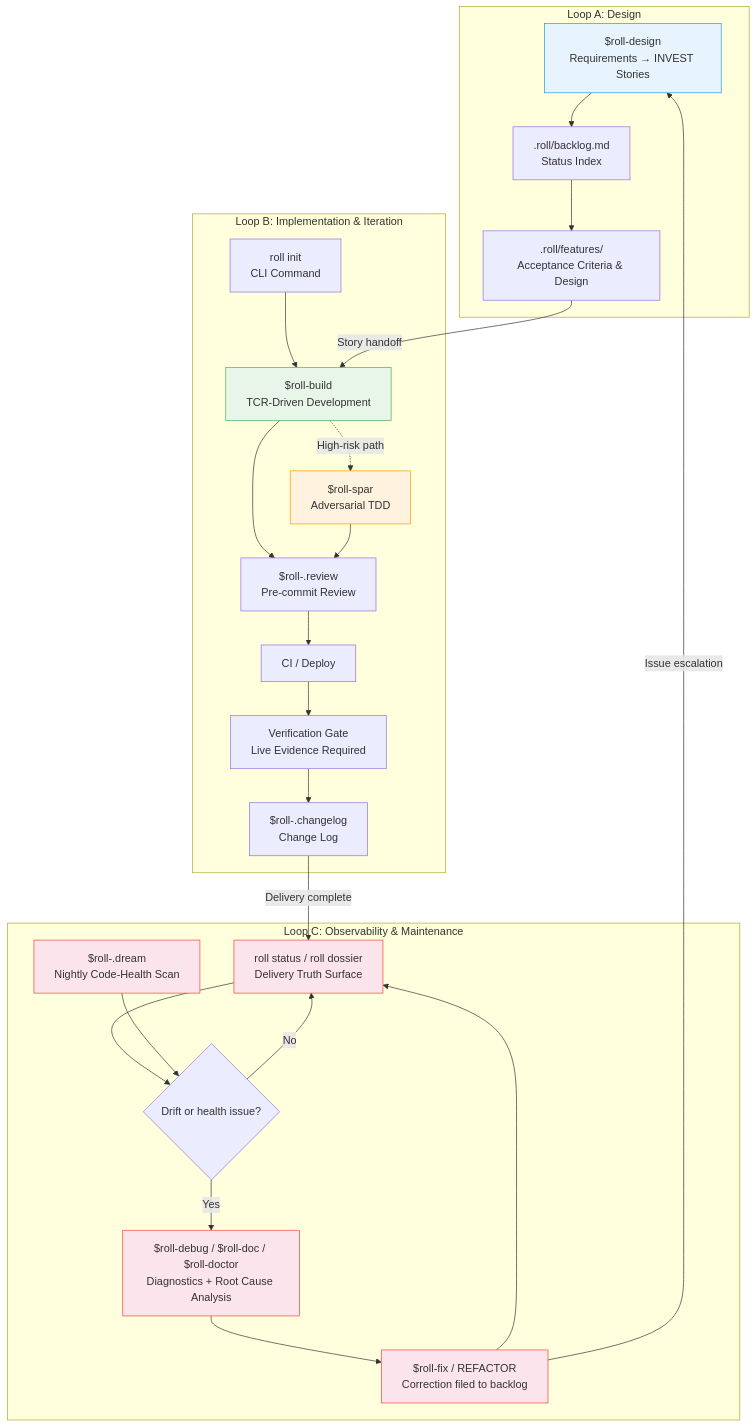
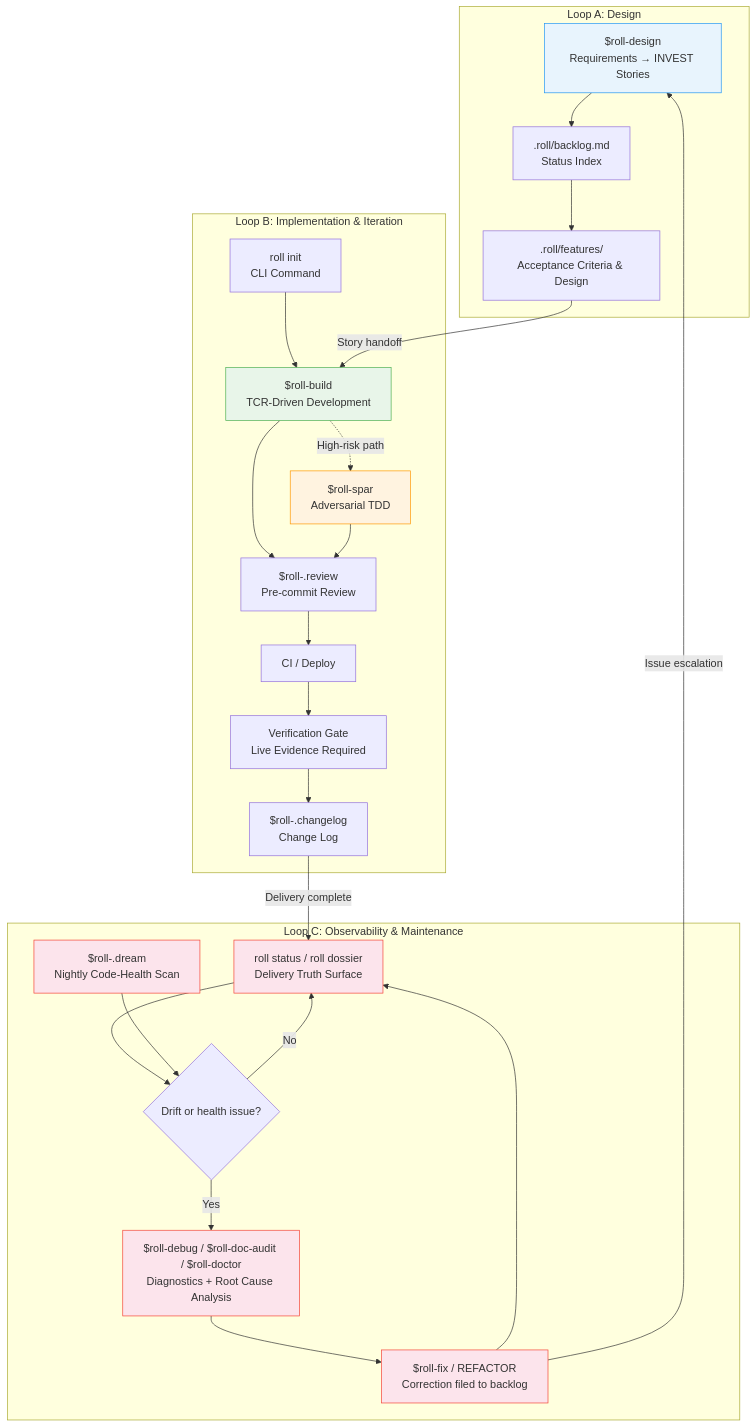
The first of 2 diagrams in guide/en/methodology.md (seanyao/roll), drawn with Mermaid before and after one commit. The commit also changed other lines of this file and 26 other files, not shown here.

Commit message:
Align roll-doc-audit site and docs surfaces

````diff
--- a/guide/en/methodology.md
+++ b/guide/en/methodology.md
@@ -25,38 +25,38 @@
 ```mermaid
 graph TB
     subgraph "Loop A: Design"
         A2["$roll-design<br/>Requirements → INVEST Stories"] --> A3[".roll/backlog.md<br/>Status Index"]
         A3 --> A4[".roll/features/<br/>Acceptance Criteria & Design"]
     end
 
     subgraph "Loop B: Implementation & Iteration"
         B1["roll init<br/>CLI Command"] --> B2["$roll-build<br/>TCR-Driven Development"]
         B2 --> B3["$roll-.review<br/>Pre-commit Review"]
         B3 --> B4["CI / Deploy"]
         B4 --> B5["Verification Gate<br/>Live Evidence Required"]
         B5 --> B6["$roll-.changelog<br/>Change Log"]
         B2 -.->|High-risk path| B7["$roll-spar<br/>Adversarial TDD"]
         B7 --> B3
     end
 
     subgraph "Loop C: Observability & Maintenance"
         C1["roll status / roll dossier<br/>Delivery Truth Surface"] --> C2{"Drift or health issue?"}
-        C2 -->|Yes| C3["$roll-debug / $roll-doc / $roll-doctor<br/>Diagnostics + Root Cause Analysis"]
+        C2 -->|Yes| C3["$roll-debug / $roll-doc-audit / $roll-doctor<br/>Diagnostics + Root Cause Analysis"]
         C3 --> C5["$roll-fix / REFACTOR<br/>Correction filed to backlog"]
         C6["$roll-.dream<br/>Nightly Code-Health Scan"] --> C2
         C5 --> C1
         C2 -->|No| C1
     end
 
     A4 -->|"Story handoff"| B2
     B6 -->|"Delivery complete"| C1
     C5 -->|"Issue escalation"| A2
 
     style A2 fill:#e8f4fd,stroke:#2196F3
     style B2 fill:#e8f5e9,stroke:#4CAF50
     style B7 fill:#fff3e0,stroke:#FF9800
     style C1 fill:#fce4ec,stroke:#F44336
     style C3 fill:#fce4ec,stroke:#F44336
     style C5 fill:#fce4ec,stroke:#F44336
     style C6 fill:#fce4ec,stroke:#F44336
 ```
````
